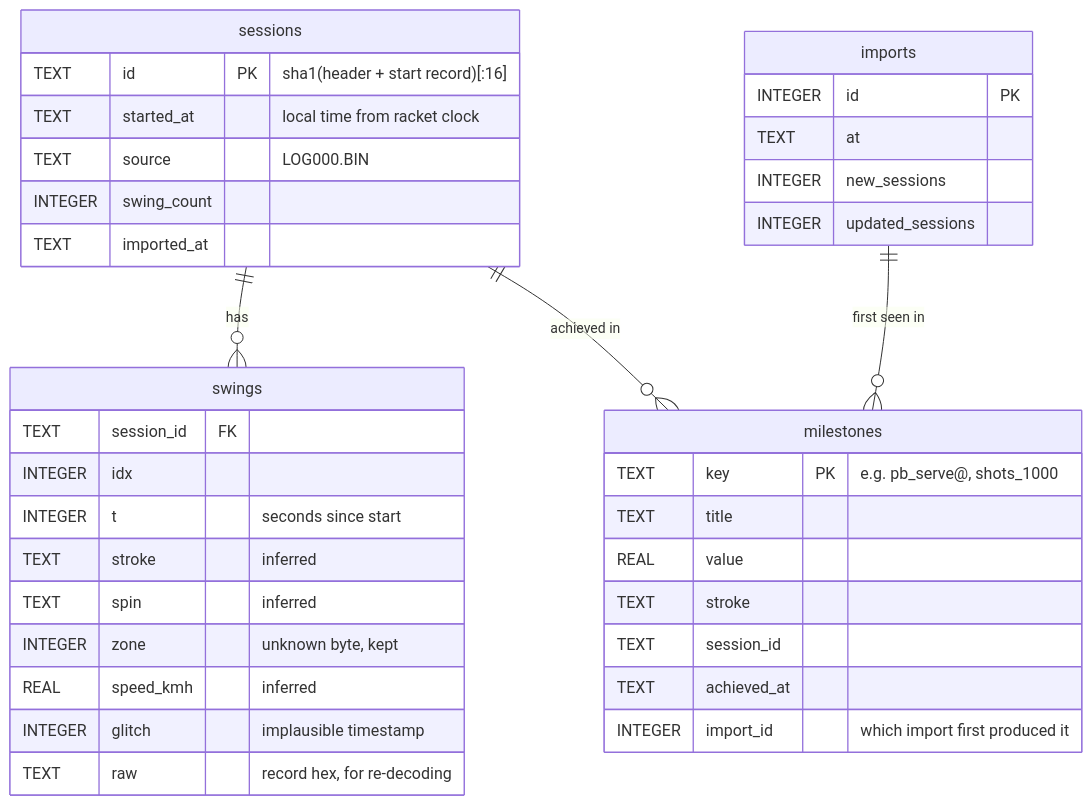
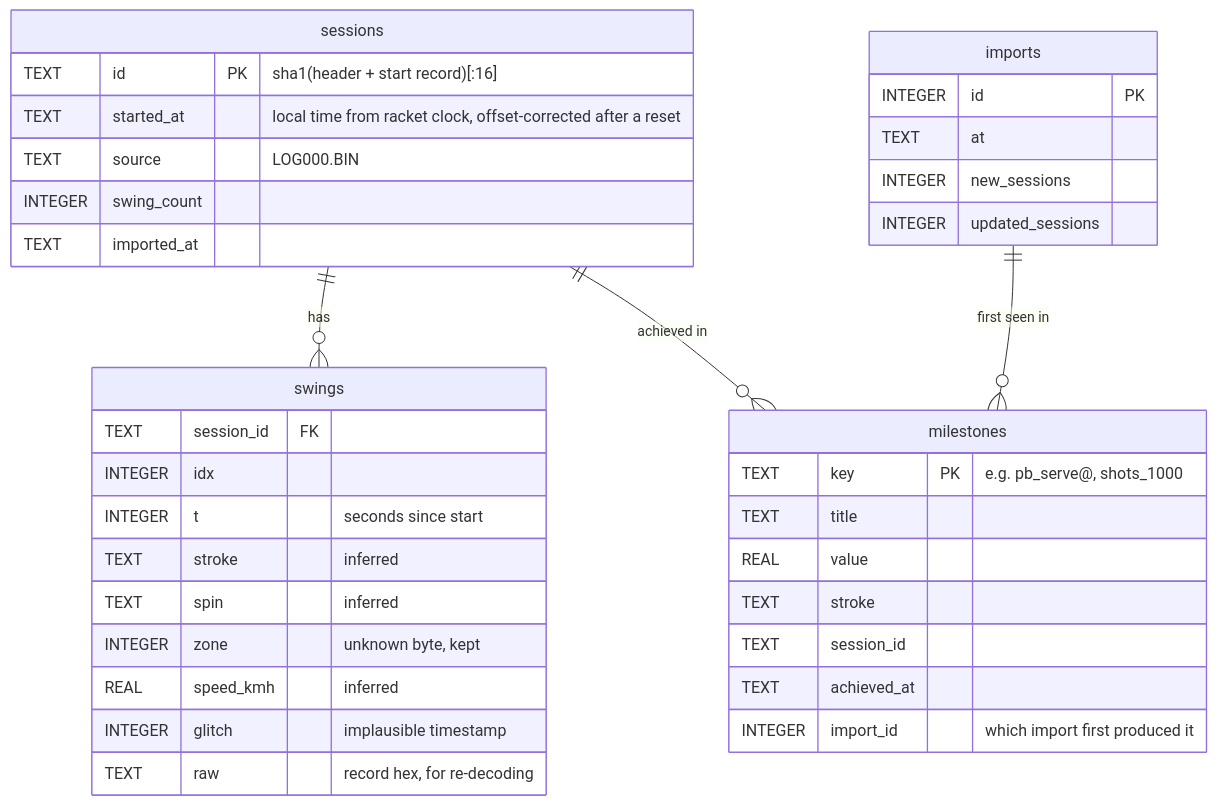
The third of 3 diagrams in docs/ARCHITECTURE.md (sgupta382/babolat-play-dashboard), drawn with Mermaid before and after one commit. The commit also changed other lines of this file and 7 other files, not shown here.

First line of the commit message:
feat: date sessions recorded after a racket clock reset

````diff
--- a/docs/ARCHITECTURE.md
+++ b/docs/ARCHITECTURE.md
@@ -74,39 +75,39 @@
 ```mermaid
 erDiagram
     sessions ||--o{ swings : has
     sessions ||--o{ milestones : "achieved in"
     imports ||--o{ milestones : "first seen in"
     sessions {
         TEXT id PK "sha1(header + start record)[:16]"
-        TEXT started_at "local time from racket clock"
+        TEXT started_at "local time from racket clock, offset-corrected after a reset"
         TEXT source "LOG000.BIN"
         INTEGER swing_count
         TEXT imported_at
     }
     swings {
         TEXT session_id FK
         INTEGER idx
         INTEGER t "seconds since start"
         TEXT stroke "inferred"
         TEXT spin "inferred"
         INTEGER zone "unknown byte, kept"
         REAL speed_kmh "inferred"
         INTEGER glitch "implausible timestamp"
         TEXT raw "record hex, for re-decoding"
     }
     milestones {
         TEXT key PK "e.g. pb_serve@<session>, shots_1000"
         TEXT title
         REAL value
         TEXT stroke
         TEXT session_id
         TEXT achieved_at
         INTEGER import_id "which import first produced it"
     }
     imports {
         INTEGER id PK
         TEXT at
         INTEGER new_sessions
         INTEGER updated_sessions
     }
 ```
````
